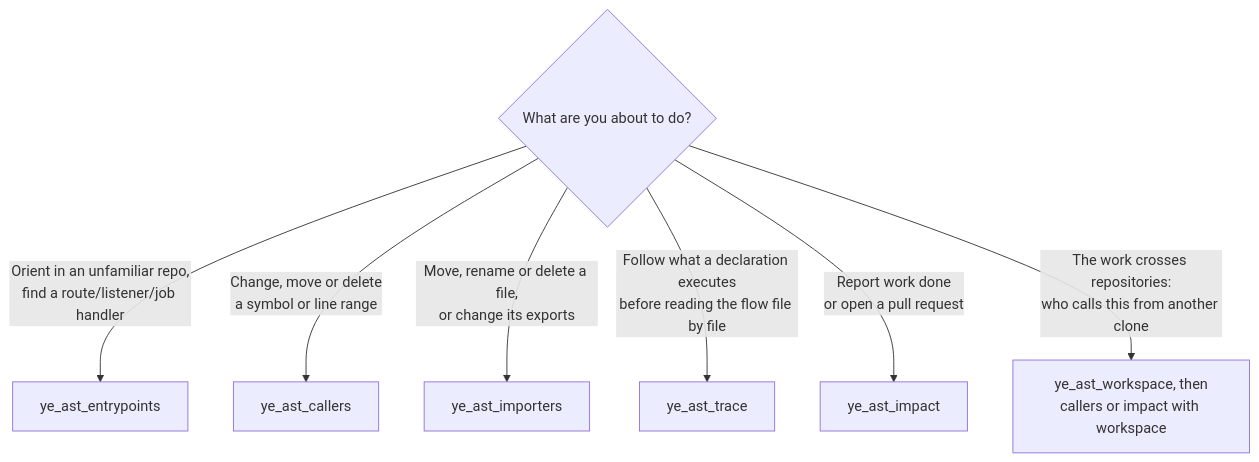
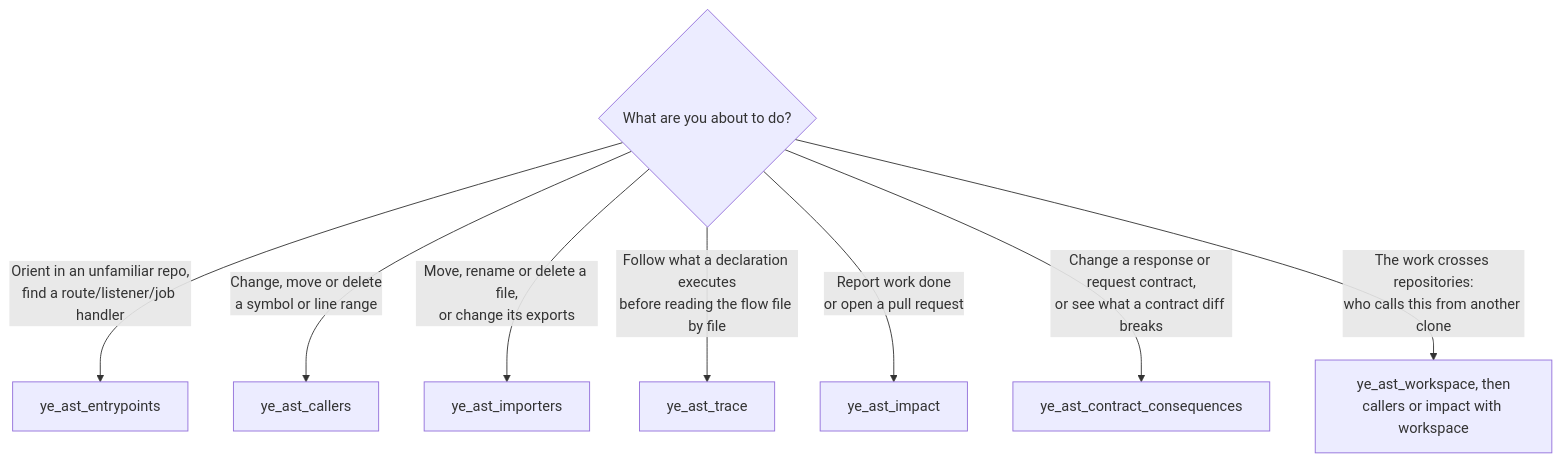
The second of 3 diagrams in README.md (ArielFalcon/ye-ast), drawn with Mermaid before and after one commit. The commit also changed other lines of this file and 6 other files, not shown here.

Commit message:
docs: document the contract consequences tool, command, protocol methods and compose parts

````diff
--- a/README.md
+++ b/README.md
@@ -247,10 +247,11 @@
 ```mermaid
 flowchart TD
     Q{"What are you about to do?"}
     Q -->|"Orient in an unfamiliar repo,<br/>find a route/listener/job handler"| E["ye_ast_entrypoints"]
     Q -->|"Change, move or delete<br/>a symbol or line range"| C["ye_ast_callers"]
     Q -->|"Move, rename or delete a file,<br/>or change its exports"| I["ye_ast_importers"]
     Q -->|"Follow what a declaration executes<br/>before reading the flow file by file"| T["ye_ast_trace"]
     Q -->|"Report work done<br/>or open a pull request"| P["ye_ast_impact"]
+    Q -->|"Change a response or request contract,<br/>or see what a contract diff breaks"| K["ye_ast_contract_consequences"]
     Q -->|"The work crosses repositories:<br/>who calls this from another clone"| W["ye_ast_workspace, then<br/>callers or impact with workspace"]
 ```
````
